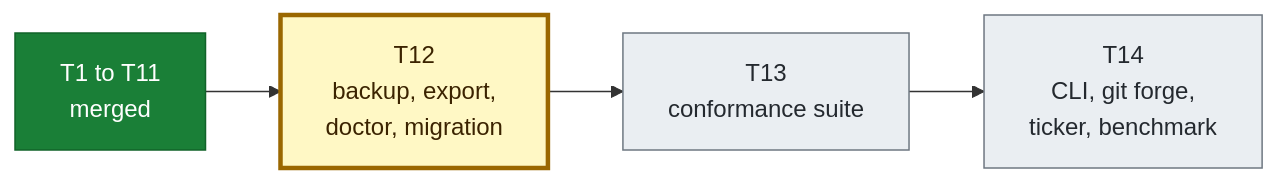
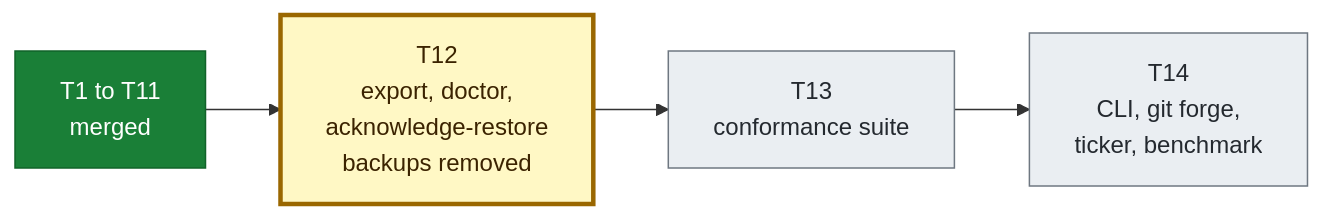
Before and after one commit to crenshawdev/baley: the second of 2 diagrams in docs/roadmap.md, drawn with Mermaid. The commit also changed other lines of this file and 5 other files, not shown here.

First line of the commit message:
docs(design): describe export, doctor and acknowledge-restore, and say Baley makes no backups

````diff
--- a/docs/roadmap.md
+++ b/docs/roadmap.md
@@ -60,17 +60,17 @@
 ```mermaid
 flowchart LR
     T1["T1 to T11<br/>merged"]
-    T12["T12<br/>backup, export,<br/>doctor, migration"]
+    T12["T12<br/>export, doctor,<br/>acknowledge-restore<br/>backups removed"]
     T13["T13<br/>conformance suite"]
     T14["T14<br/>CLI, git forge,<br/>ticker, benchmark"]
 
     T1 --> T12 --> T13 --> T14
 
     classDef done fill:#1a7f37,stroke:#116329,color:#ffffff
     classDef next fill:#fff8c5,stroke:#9a6700,stroke-width:3px,color:#3b2300
     classDef planned fill:#eaeef2,stroke:#6e7781,color:#24292f
 
     class T1 done
     class T12 next
     class T13,T14 planned
 ```
````
